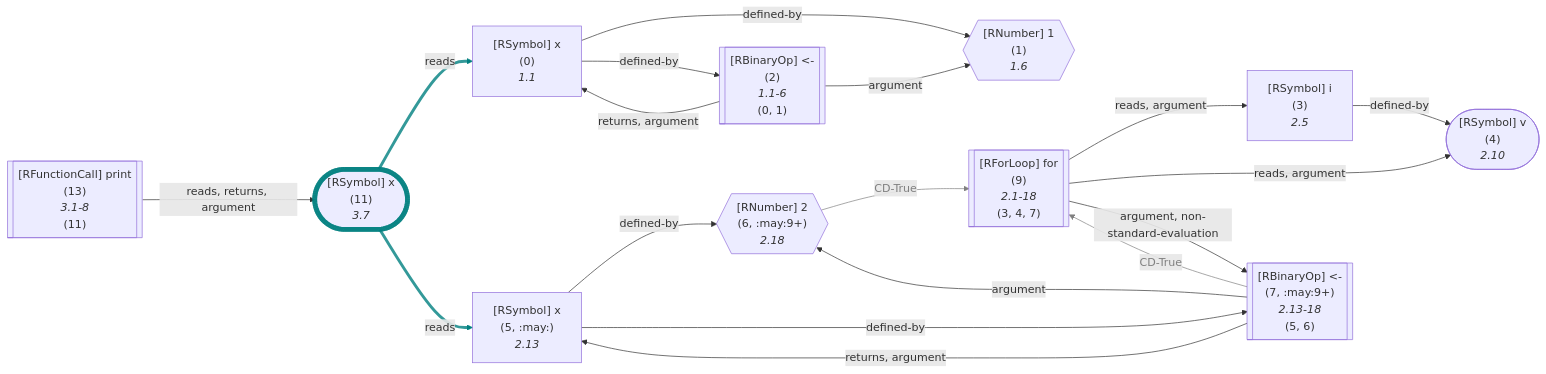
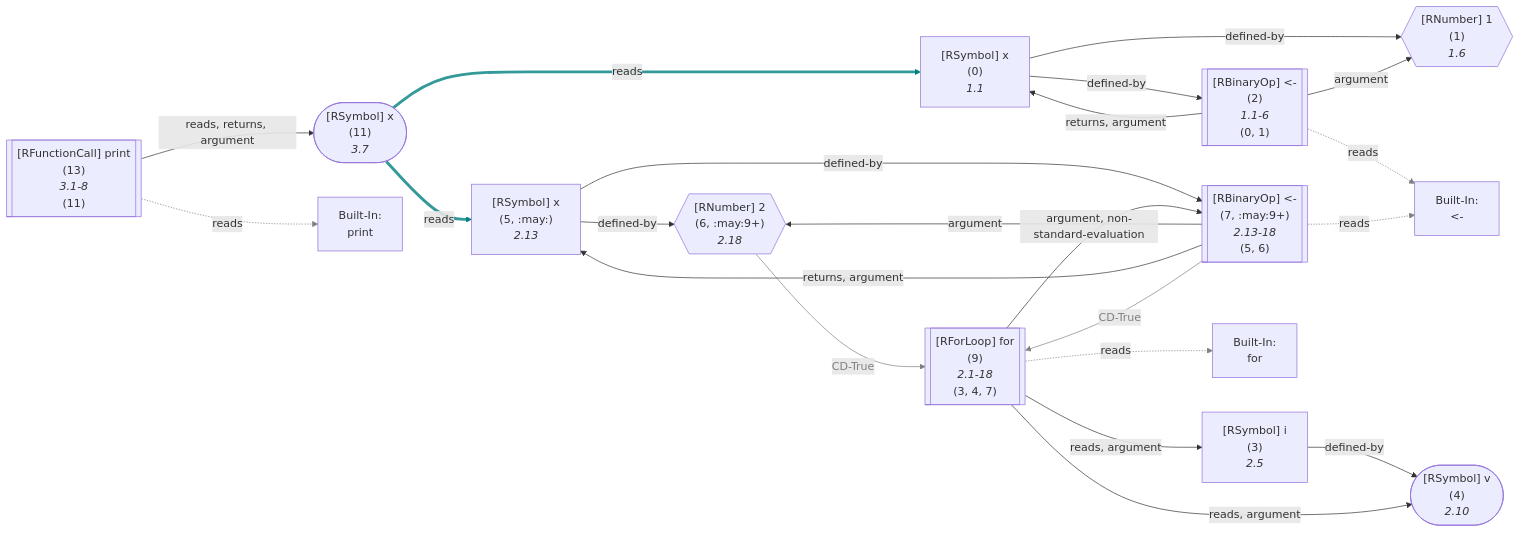
One commit to flowr-analysis/flowr changed the tenth of 48 diagrams in wiki/Dataflow Graph.md. Above: the diagram before and after it, drawn with Mermaid. The commit also changed other lines of this file and 7 other files, not shown here.

Commit message:
[skip ci] doc: update generated wiki pages (wiki/Capabilities,wiki/Dataflow Graph,wiki/Search API,wiki/Interface,wiki/Control Flow Graph,wiki/Linting and Testing,wiki/Core,README)

````diff
--- a/wiki/Dataflow Graph.md
+++ b/wiki/Dataflow Graph.md
@@ -950,62 +985,75 @@
 ```mermaid
 flowchart LR
     1{{"`#91;RNumber#93; 1
       (1)
       *1.6*`"}}
     0["`#91;RSymbol#93; x
       (0)
       *1.1*`"]
     2[["`#91;RBinaryOp#93; #60;#45;
       (2)
       *1.1-6*
     (0, 1)`"]]
+    built-in:_-["`Built-In:
+#60;#45;`"]
     3["`#91;RSymbol#93; i
       (3)
       *2.5*`"]
     4(["`#91;RSymbol#93; v
       (4)
       *2.10*`"])
     6{{"`#91;RNumber#93; 2
       (6, :may:9+)
       *2.18*`"}}
     5["`#91;RSymbol#93; x
       (5, :may:)
       *2.13*`"]
     7[["`#91;RBinaryOp#93; #60;#45;
       (7, :may:9+)
       *2.13-18*
     (5, 6)`"]]
     9[["`#91;RForLoop#93; for
       (9)
       *2.1-18*
     (3, 4, 7)`"]]
+    built-in:for["`Built-In:
+for`"]
     11(["`#91;RSymbol#93; x
       (11)
       *3.7*`"])
-    style 11 stroke:teal,stroke-width:7px,stroke-opacity:.8; 
     13[["`#91;RFunctionCall#93; print
       (13)
       *3.1-8*
     (11)`"]]
+    built-in:print["`Built-In:
+print`"]
     0 -->|"defined-by"| 1
     0 -->|"defined-by"| 2
     2 -->|"argument"| 1
     2 -->|"returns, argument"| 0
+    2 -.->|"reads"| built-in:_-
+    linkStyle 4 stroke:gray;
     3 -->|"defined-by"| 4
     6 -->|"CD-True"| 9
-    linkStyle 5 stroke:gray,color:gray;
+    linkStyle 6 stroke:gray,color:gray;
     5 -->|"defined-by"| 6
     5 -->|"defined-by"| 7
     7 -->|"argument"| 6
     7 -->|"returns, argument"| 5
+    7 -.->|"reads"| built-in:_-
+    linkStyle 11 stroke:gray;
     7 -->|"CD-True"| 9
-    linkStyle 10 stroke:gray,color:gray;
+    linkStyle 12 stroke:gray,color:gray;
     9 -->|"reads, argument"| 3
     9 -->|"reads, argument"| 4
     9 -->|"argument, non-standard-evaluation"| 7
+    9 -.->|"reads"| built-in:for
+    linkStyle 16 stroke:gray;
     11 -->|"reads"| 0
-    linkStyle 14 stroke:teal,stroke-width:4.2px,stroke-opacity:.8
+    linkStyle 17 stroke:teal,stroke-width:4.2px,stroke-opacity:.8
     11 -->|"reads"| 5
-    linkStyle 15 stroke:teal,stroke-width:4.2px,stroke-opacity:.8
+    linkStyle 18 stroke:teal,stroke-width:4.2px,stroke-opacity:.8
     13 -->|"reads, returns, argument"| 11
+    13 -.->|"reads"| built-in:print
+    linkStyle 20 stroke:gray;
 ```
````
